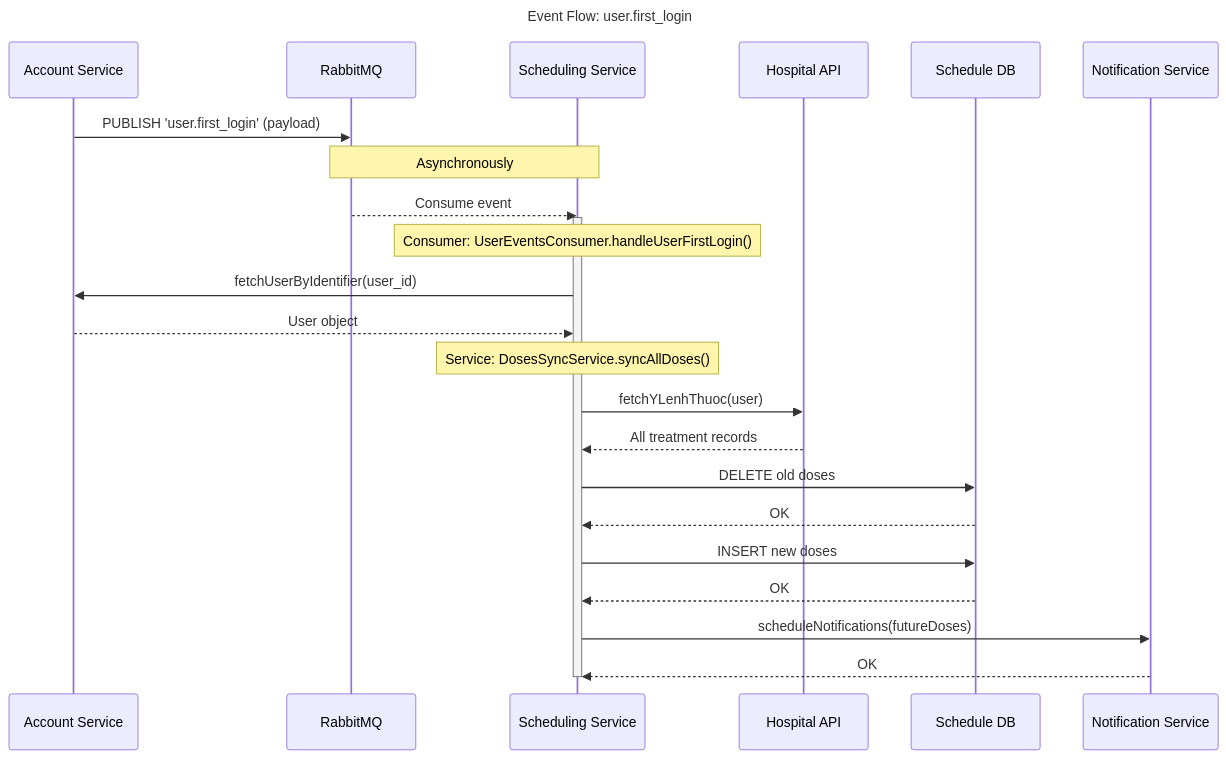
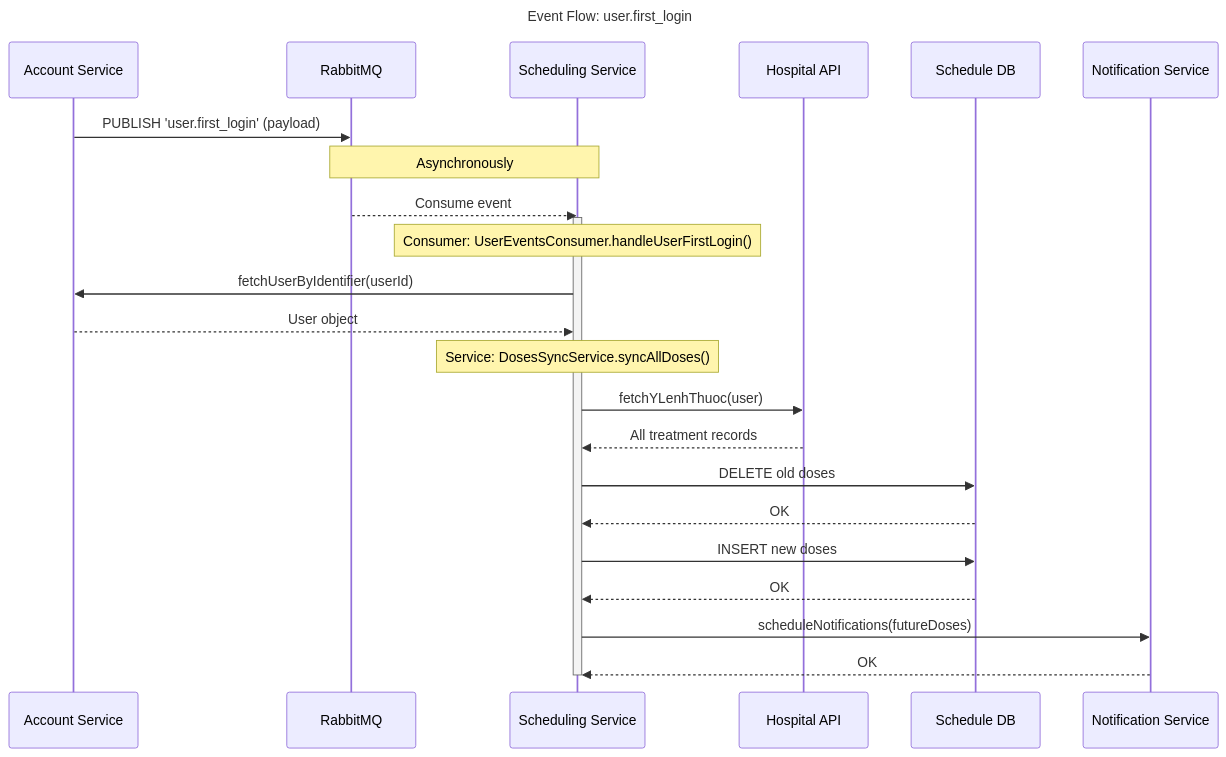
One commit to Nouu188/Hsoft-App changed the second of 2 diagrams in docs/01_Cross_Cutting_Concerns/03_Asynchronous_Communication.md. Above: the diagram before and after it, drawn with Mermaid. The commit also changed other lines of this file and 95 other files, not shown here.

````diff
--- a/docs/01_Cross_Cutting_Concerns/03_Asynchronous_Communication.md
+++ b/docs/01_Cross_Cutting_Concerns/03_Asynchronous_Communication.md
@@ -99,35 +99,35 @@
     ```mermaid
     sequenceDiagram
         title Event Flow: user.first_login
 
         participant Account Service
         participant RabbitMQ
         participant Scheduling Service
         participant Hospital API
         participant Schedule DB
 
         Account Service->>RabbitMQ: PUBLISH 'user.first_login' (payload)
         
         note over RabbitMQ, Scheduling Service: Asynchronously
         RabbitMQ-->>Scheduling Service: Consume event
         activate Scheduling Service
 
         note over Scheduling Service: Consumer: UserEventsConsumer.handleUserFirstLogin()
-        Scheduling Service->>Account Service: fetchUserByIdentifier(user_id)
+        Scheduling Service->>Account Service: fetchUserByIdentifier(userId)
         Account Service-->>Scheduling Service: User object
 
         note over Scheduling Service: Service: DosesSyncService.syncAllDoses()
         Scheduling Service->>Hospital API: fetchYLenhThuoc(user)
         Hospital API-->>Scheduling Service: All treatment records
 
         Scheduling Service->>Schedule DB: DELETE old doses
         Schedule DB-->>Scheduling Service: OK
 
         Scheduling Service->>Schedule DB: INSERT new doses
         Schedule DB-->>Scheduling Service: OK
 
         Scheduling Service->>Notification Service: scheduleNotifications(futureDoses)
         Notification Service-->>Scheduling Service: OK
         
         deactivate Scheduling Service
     ```
````
